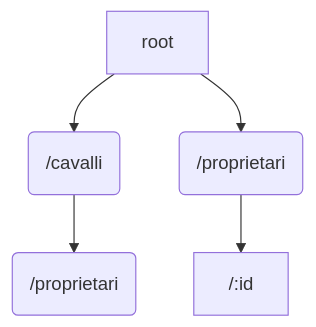
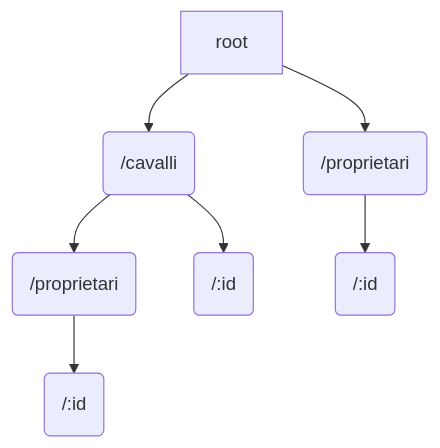
Before and after one commit to Sibo9436/muxillary: the diagram in README.md, drawn with Mermaid. The commit also changed other lines of this file, not shown here.

````diff
--- a/README.md
+++ b/README.md
@@ -20,7 +19,9 @@
 ```mermaid
 graph TD;
     root-->A(/cavalli);
     root-->C(/proprietari);
     A-->B(/proprietari)
-    C-->/:id
+    C-->x(/:id)
+    B-->y(/:id)
+    A-->z(/:id)
 ```
````
